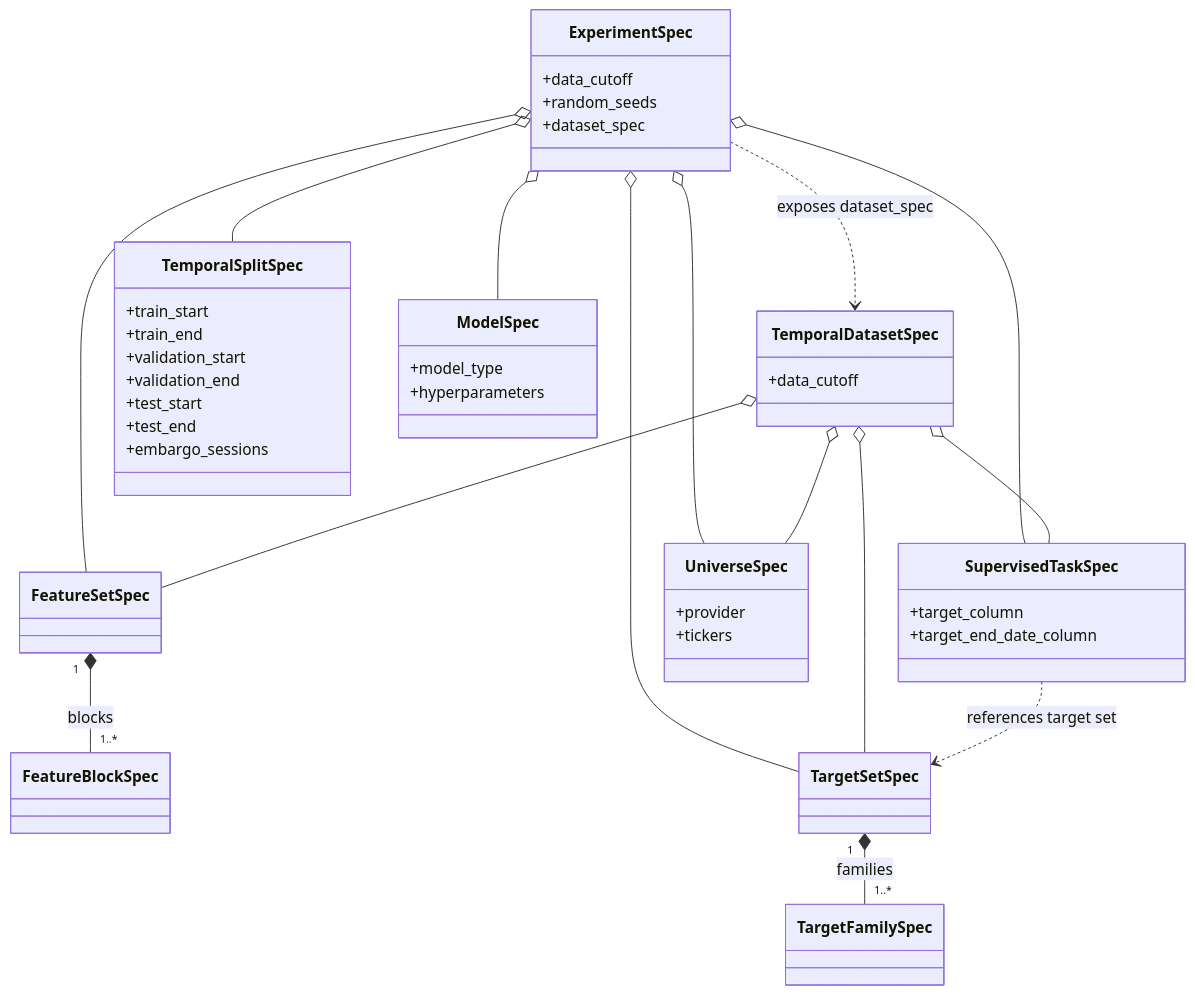
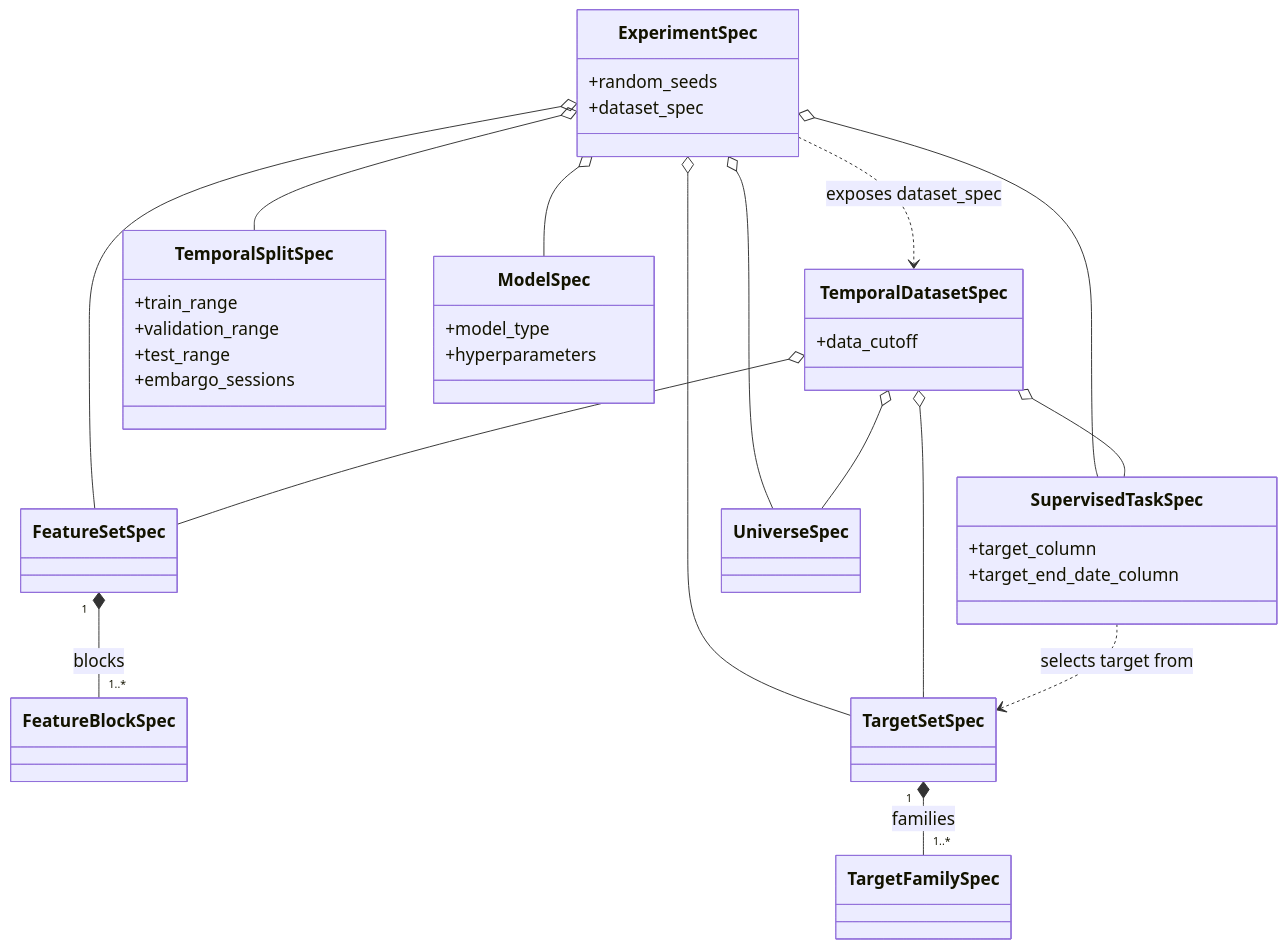
One commit to Frallmeister/swingtrader-app changed the diagram in docs/modeling/experiments.md. Above: the diagram before and after it, drawn with Mermaid. The commit also changed other lines of this file and 7 other files, not shown here.

````diff
--- a/docs/modeling/experiments.md
+++ b/docs/modeling/experiments.md
@@ -33,51 +33,55 @@
 ```mermaid
+%%{init: {"themeVariables": {"fontSize": "18px"}}}%%
 classDiagram
+    direction TB
     class FeatureBlockSpec
     class FeatureSetSpec
     class TargetFamilySpec
     class TargetSetSpec
     class SupervisedTaskSpec {
         +target_column
         +target_end_date_column
     }
-    class UniverseSpec {
-        +provider
-        +tickers
-    }
+    class UniverseSpec
     class TemporalDatasetSpec {
         +data_cutoff
     }
     class TemporalSplitSpec {
-        +train_start
-        +train_end
-        +validation_start
-        +validation_end
-        +test_start
-        +test_end
+        +train_range
+        +validation_range
+        +test_range
         +embargo_sessions
     }
     class ModelSpec {
         +model_type
         +hyperparameters
     }
     class ExperimentSpec {
-        +data_cutoff
         +random_seeds
         +dataset_spec
     }
 
     FeatureSetSpec "1" *-- "1..*" FeatureBlockSpec : blocks
     TargetSetSpec "1" *-- "1..*" TargetFamilySpec : families
-    SupervisedTaskSpec ..> TargetSetSpec : references target set
+    SupervisedTaskSpec ..> TargetSetSpec : selects target from
     TemporalDatasetSpec o-- FeatureSetSpec
     TemporalDatasetSpec o-- TargetSetSpec
     TemporalDatasetSpec o-- SupervisedTaskSpec
     TemporalDatasetSpec o-- UniverseSpec
     ExperimentSpec o-- FeatureSetSpec
     ExperimentSpec o-- TargetSetSpec
     ExperimentSpec o-- SupervisedTaskSpec
     ExperimentSpec o-- UniverseSpec
     ExperimentSpec o-- TemporalSplitSpec
     ExperimentSpec o-- ModelSpec
     ExperimentSpec ..> TemporalDatasetSpec : exposes dataset_spec
+
+    classDef feature fill:#1565c0,stroke:#0d3d75,color:#ffffff
+    classDef target fill:#6a1b9a,stroke:#3c0f58,color:#ffffff
+    classDef dataset fill:#2e7d32,stroke:#17451c,color:#ffffff
+    classDef experiment fill:#9a4d00,stroke:#5d2e00,color:#ffffff
+    cssClass "FeatureBlockSpec,FeatureSetSpec" feature
+    cssClass "TargetFamilySpec,TargetSetSpec,SupervisedTaskSpec" target
+    cssClass "UniverseSpec,TemporalDatasetSpec" dataset
+    cssClass "TemporalSplitSpec,ModelSpec,ExperimentSpec" experiment
 ```
````
